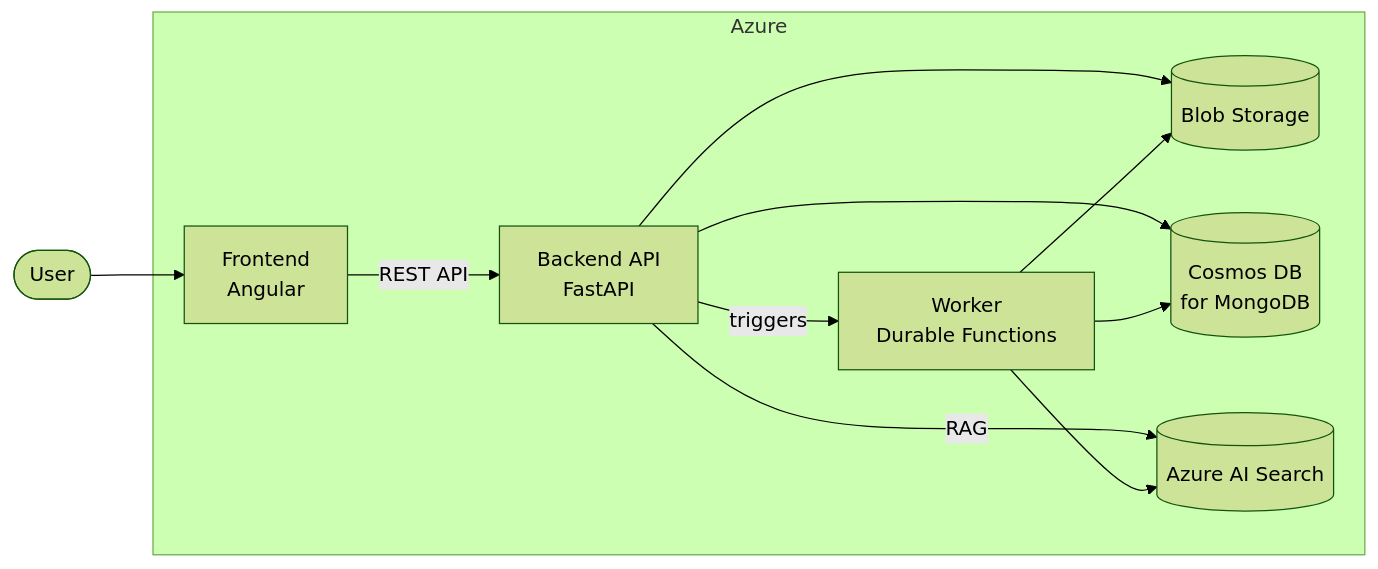
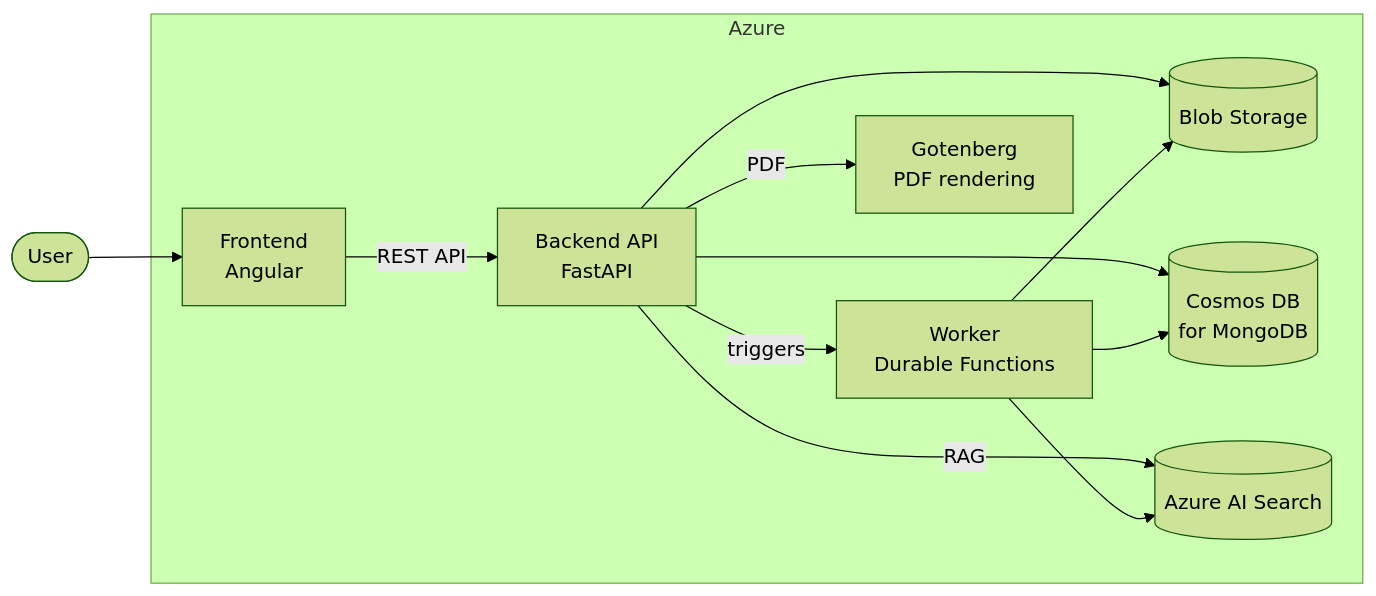
Before and after one commit to informatique-cdc/retro-doc: the diagram in README.md, drawn with Mermaid (forest theme). The commit also changed other lines of this file and 3 other files, not shown here.

````diff
--- a/README.md
+++ b/README.md
@@ -49,22 +49,24 @@
 ```mermaid
 graph LR
     User([User]) --> Frontend
 
     subgraph Azure
         Frontend["Frontend<br/>Angular"]
         Backend["Backend API<br/>FastAPI"]
         Worker["Worker<br/>Durable Functions"]
         Blob[(Blob Storage)]
         DB[(Cosmos DB<br/>for MongoDB)]
         Search[(Azure AI Search)]
+        Gotenberg["Gotenberg<br/>PDF rendering"]
     end
 
     Frontend -->|REST API| Backend
     Backend -->|triggers| Worker
     Backend -->|RAG| Search
+    Backend -->|PDF| Gotenberg
     Backend --> DB
     Backend --> Blob
     Worker --> Blob
     Worker --> DB
     Worker --> Search
 ```
````
